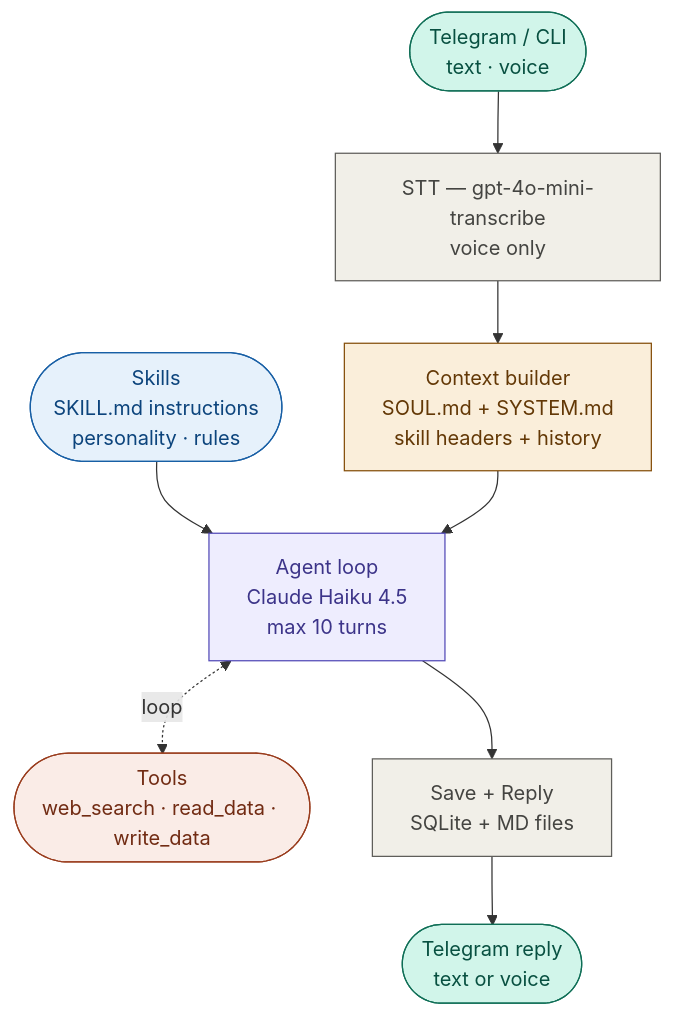
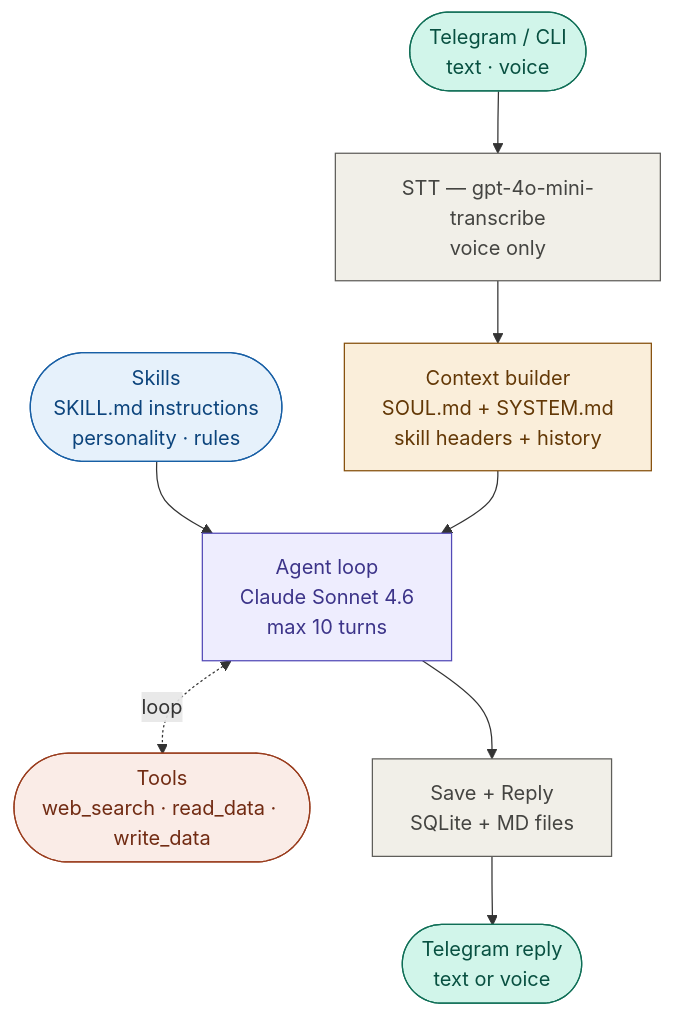
The diagram in README.md (Liakhov/milo), drawn with Mermaid before and after one commit. The commit also changed other lines of this file and 2 other files, not shown here.

Commit message:
change model to Claude Sonnet 4.6, update ReadME.md

````diff
--- a/README.md
+++ b/README.md
@@ -20,21 +20,21 @@
 ```mermaid
 flowchart TD
     A([Telegram / CLI\ntext · voice]) --> B[STT — gpt-4o-mini-transcribe\nvoice only]
     B --> C[Context builder\nSOUL.md + SYSTEM.md\nskill headers + history]
 
     E([Skills\nSKILL.md instructions\npersonality · rules]) --> D
-    C --> D[Agent loop\nClaude Haiku 4.5\nmax 10 turns]
+    C --> D[Agent loop\nClaude Sonnet 4.6\nmax 10 turns]
     D <-.loop.-> F([Tools\nweb_search · read_data · write_data])
 
     D --> H[Save + Reply\nSQLite + MD files]
     H --> I([Telegram reply\ntext or voice])
 
     style A fill:#d1f5ea,stroke:#0f6e56,color:#085041
     style I fill:#d1f5ea,stroke:#0f6e56,color:#085041
     style D fill:#eeedfe,stroke:#534ab7,color:#3c3489
     style C fill:#faeeda,stroke:#854f0b,color:#633806
     style E fill:#e6f1fb,stroke:#185fa5,color:#0c447c
     style F fill:#faece7,stroke:#993c1d,color:#712b13
     style B fill:#f1efe8,stroke:#5f5e5a,color:#444441
     style H fill:#f1efe8,stroke:#5f5e5a,color:#444441
 ```
````
